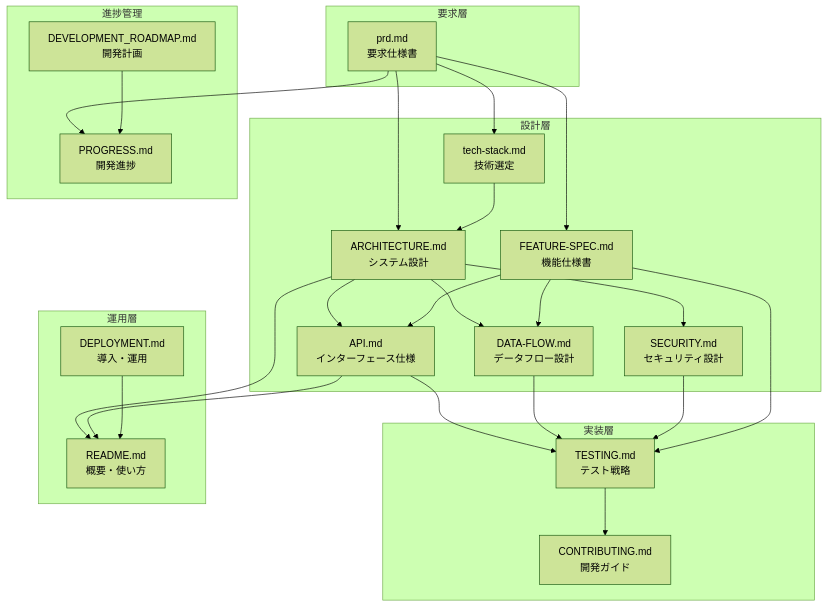
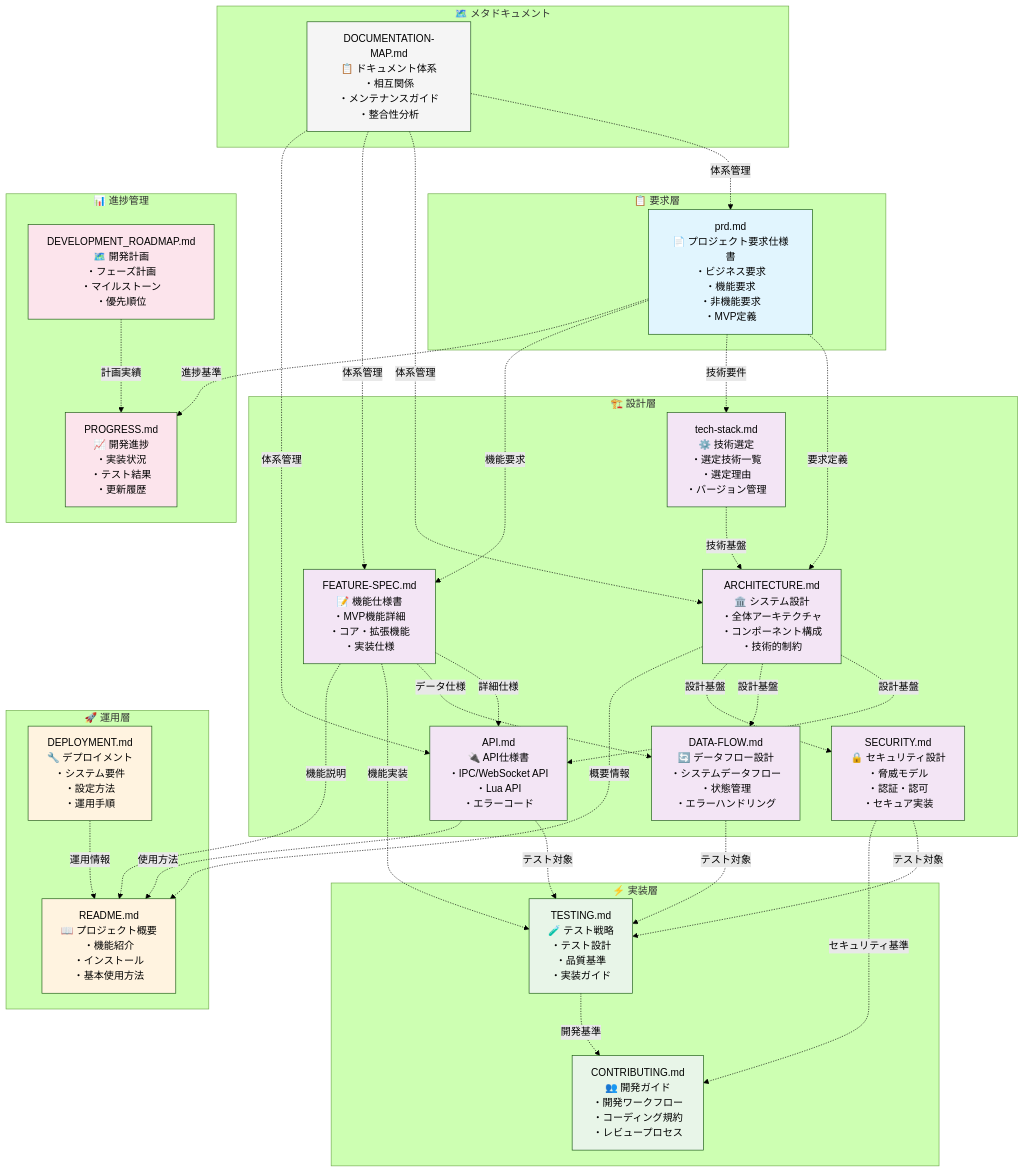
The first of 3 diagrams in docs/DOCUMENTATION-MAP.md (daktu32/wezterm-parallel), drawn with Mermaid (forest theme) before and after one commit. The commit also changed other lines of this file and 1 other file, not shown here.

First line of the commit message:
🗺️ Update documentation relationship diagram and add maintenance guide

````diff
--- a/docs/DOCUMENTATION-MAP.md
+++ b/docs/DOCUMENTATION-MAP.md
@@ -9,50 +9,94 @@
 ```mermaid
 graph TB
-    subgraph "要求層"
-        PRD[prd.md<br/>要求仕様書]
+    subgraph "📋 要求層"
+        PRD[prd.md<br/>📄 プロジェクト要求仕様書<br/>・ビジネス要求<br/>・機能要求<br/>・非機能要求<br/>・MVP定義]
     end
     
-    subgraph "設計層"
-        ARCH[ARCHITECTURE.md<br/>システム設計]
-        TECH[tech-stack.md<br/>技術選定]
-        FEAT[FEATURE-SPEC.md<br/>機能仕様書]
-        API[API.md<br/>インターフェース仕様]
-        FLOW[DATA-FLOW.md<br/>データフロー設計]
-        SEC[SECURITY.md<br/>セキュリティ設計]
+    subgraph "🏗️ 設計層"
+        ARCH[ARCHITECTURE.md<br/>🏛️ システム設計<br/>・全体アーキテクチャ<br/>・コンポーネント構成<br/>・技術的制約]
+        
+        TECH[tech-stack.md<br/>⚙️ 技術選定<br/>・選定技術一覧<br/>・選定理由<br/>・バージョン管理]
+        
+        FEAT[FEATURE-SPEC.md<br/>📝 機能仕様書<br/>・MVP機能詳細<br/>・コア・拡張機能<br/>・実装仕様]
+        
+        API[API.md<br/>🔌 API仕様書<br/>・IPC/WebSocket API<br/>・Lua API<br/>・エラーコード]
+        
+        FLOW[DATA-FLOW.md<br/>🔄 データフロー設計<br/>・システムデータフロー<br/>・状態管理<br/>・エラーハンドリング]
+        
+        SEC[SECURITY.md<br/>🔒 セキュリティ設計<br/>・脅威モデル<br/>・認証・認可<br/>・セキュア実装]
     end
     
-    subgraph "実装層"
-        TEST[TESTING.md<br/>テスト戦略]
-        CONTRIB[CONTRIBUTING.md<br/>開発ガイド]
+    subgraph "⚡ 実装層"
+        TEST[TESTING.md<br/>🧪 テスト戦略<br/>・テスト設計<br/>・品質基準<br/>・実装ガイド]
+        
+        CONTRIB[CONTRIBUTING.md<br/>👥 開発ガイド<br/>・開発ワークフロー<br/>・コーディング規約<br/>・レビュープロセス]
     end
     
-    subgraph "運用層"
-        README[README.md<br/>概要・使い方]
-        DEPLOY[DEPLOYMENT.md<br/>導入・運用]
+    subgraph "🚀 運用層"
+        README[README.md<br/>📖 プロジェクト概要<br/>・機能紹介<br/>・インストール<br/>・基本使用方法]
+        
+        DEPLOY[DEPLOYMENT.md<br/>🔧 デプロイメント<br/>・システム要件<br/>・設定方法<br/>・運用手順]
     end
     
-    subgraph "進捗管理"
-        PROG[PROGRESS.md<br/>開発進捗]
-        ROAD[DEVELOPMENT_ROADMAP.md<br/>開発計画]
+    subgraph "📊 進捗管理"
+        PROG[PROGRESS.md<br/>📈 開発進捗<br/>・実装状況<br/>・テスト結果<br/>・更新履歴]
+        
+        ROAD[DEVELOPMENT_ROADMAP.md<br/>🗺️ 開発計画<br/>・フェーズ計画<br/>・マイルストーン<br/>・優先順位]
     end
     
-    PRD --> ARCH
-    PRD --> TECH
-    PRD --> FEAT
-    ARCH --> API
-    ARCH --> FLOW
-    ARCH --> SEC
-    FEAT --> API
-    FEAT --> FLOW
-    TECH --> ARCH
-    API --> TEST
-    FLOW --> TEST
-    SEC --> TEST
-    FEAT --> TEST
-    TEST --> CONTRIB
-    ARCH --> README
-    API --> README
-    DEPLOY --> README
-    PRD --> PROG
-    ROAD --> PROG
+    subgraph "🗺️ メタドキュメント"
+        DOCMAP[DOCUMENTATION-MAP.md<br/>📋 ドキュメント体系<br/>・相互関係<br/>・メンテナンスガイド<br/>・整合性分析]
+    end
+    
+    %% 主要な依存関係
+    PRD -.->|要求定義| ARCH
+    PRD -.->|技術要件| TECH
+    PRD -.->|機能要求| FEAT
+    
+    ARCH -.->|設計基盤| API
+    ARCH -.->|設計基盤| FLOW
+    ARCH -.->|設計基盤| SEC
+    
+    FEAT -.->|詳細仕様| API
+    FEAT -.->|データ仕様| FLOW
+    FEAT -.->|機能実装| TEST
+    
+    TECH -.->|技術基盤| ARCH
+    
+    API -.->|テスト対象| TEST
+    FLOW -.->|テスト対象| TEST
+    SEC -.->|テスト対象| TEST
+    
+    TEST -.->|開発基準| CONTRIB
+    SEC -.->|セキュリティ基準| CONTRIB
+    
+    ARCH -.->|概要情報| README
+    FEAT -.->|機能説明| README
+    API -.->|使用方法| README
+    
+    DEPLOY -.->|運用情報| README
+    
+    PRD -.->|進捗基準| PROG
+    ROAD -.->|計画実績| PROG
+    
+    %% メタドキュメントの関係
+    DOCMAP -.->|体系管理| PRD
+    DOCMAP -.->|体系管理| ARCH
+    DOCMAP -.->|体系管理| FEAT
+    DOCMAP -.->|体系管理| API
+    
+    %% スタイル
+    classDef requirement fill:#e1f5fe
+    classDef design fill:#f3e5f5
+    classDef implementation fill:#e8f5e8
+    classDef operation fill:#fff3e0
+    classDef progress fill:#fce4ec
+    classDef meta fill:#f5f5f5
+    
+    class PRD requirement
+    class ARCH,TECH,FEAT,API,FLOW,SEC design
+    class TEST,CONTRIB implementation
+    class README,DEPLOY operation
+    class PROG,ROAD progress
+    class DOCMAP meta
 ```
````
